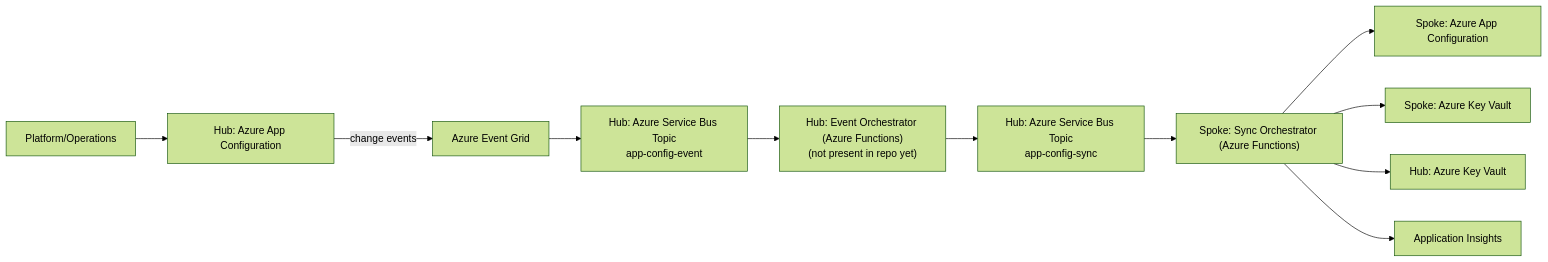
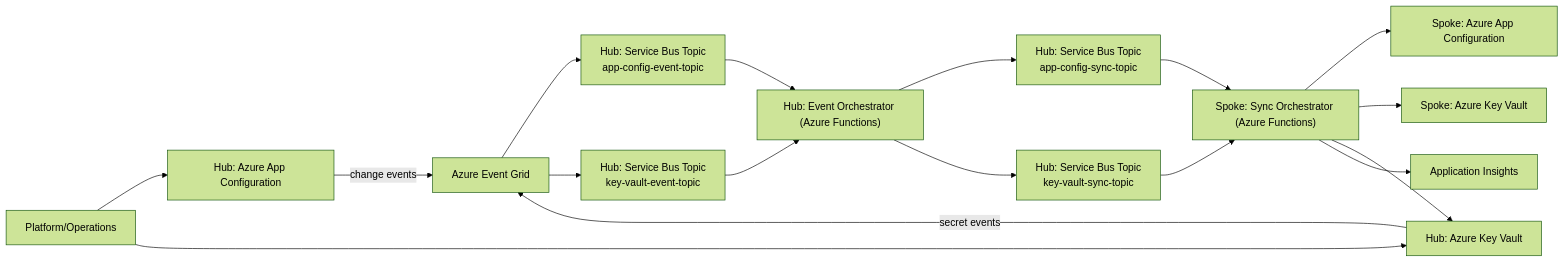
One commit to sowens81/aep-cmo-azure-enterprise-platform-config-management-orchestrator changed the first of 3 diagrams in docs/Architecture.md. Above: the diagram before and after it, drawn with Mermaid (forest theme). The commit also changed other lines of this file and 38 other files, not shown here.

````diff
--- a/docs/Architecture.md
+++ b/docs/Architecture.md
@@ -34,15 +35,24 @@
 ```mermaid
 flowchart LR
   platform["Platform/Operations"] --> hubAppConfig["Hub: Azure App Configuration"]
+  platform --> hubKv["Hub: Azure Key Vault"]
   hubAppConfig -- change events --> eventGrid["Azure Event Grid"]
-  eventGrid --> sbIngress["Hub: Azure Service Bus Topic<br>app-config-event"]
-  sbIngress --> hubFunc["Hub: Event Orchestrator (Azure Functions)<br>(not present in repo yet)"]
-  hubFunc --> sb["Hub: Azure Service Bus Topic<br>app-config-sync"]
+  hubKv -- secret events --> eventGrid
 
-  sb --> spokeFunc["Spoke: Sync Orchestrator (Azure Functions)"]
+  eventGrid --> sbAcIngress["Hub: Service Bus Topic<br>app-config-event-topic"]
+  eventGrid --> sbKvIngress["Hub: Service Bus Topic<br>key-vault-event-topic"]
+
+  sbAcIngress --> hubFunc["Hub: Event Orchestrator (Azure Functions)"]
+  sbKvIngress --> hubFunc
+
+  hubFunc --> sbAcSync["Hub: Service Bus Topic<br>app-config-sync-topic"]
+  hubFunc --> sbKvSync["Hub: Service Bus Topic<br>key-vault-sync-topic"]
+
+  sbAcSync --> spokeFunc["Spoke: Sync Orchestrator (Azure Functions)"]
+  sbKvSync --> spokeFunc
   spokeFunc --> spokeAppConfig["Spoke: Azure App Configuration"]
   spokeFunc --> spokeKv["Spoke: Azure Key Vault"]
-  spokeFunc --> hubKv["Hub: Azure Key Vault"]
+  spokeFunc --> hubKv
 
   spokeFunc --> appInsights["Application Insights"]
 ```
````
